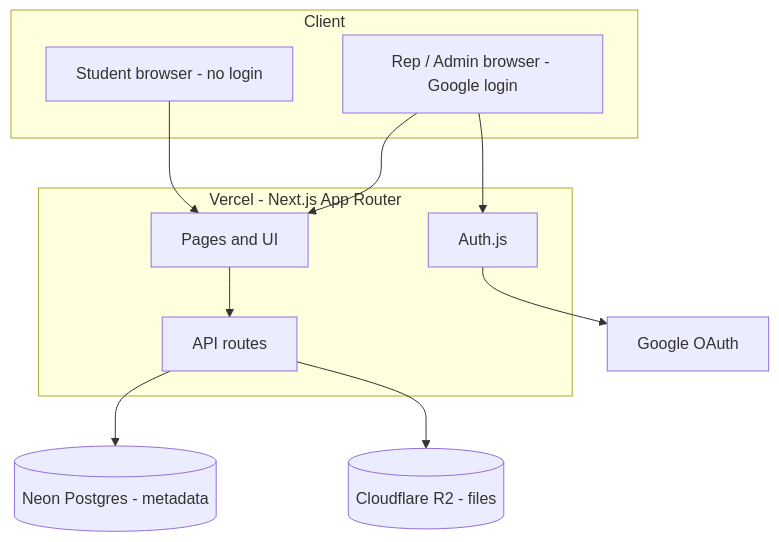
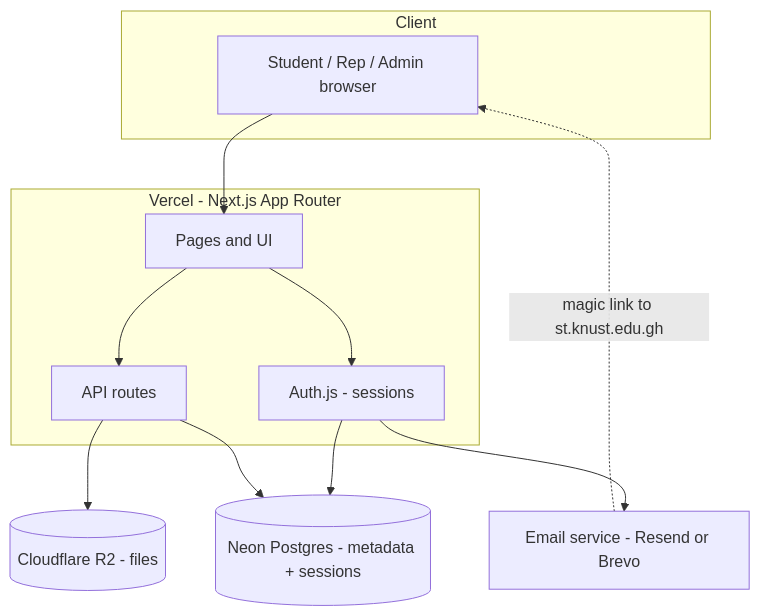
The fifth of 7 diagrams in CS-Resource-Hub-Design.md (Memuna1Lukman/CS-project), drawn with Mermaid before and after one commit. The commit also changed other lines of this file, not shown here.

````diff
--- a/CS-Resource-Hub-Design.md
+++ b/CS-Resource-Hub-Design.md
@@ -155,23 +197,23 @@
 ```mermaid
 flowchart TD
     subgraph Client
-      Student["Student browser - no login"]
-      Rep["Rep / Admin browser - Google login"]
+      User["Student / Rep / Admin browser"]
     end
     subgraph Vercel["Vercel - Next.js App Router"]
       UI[Pages and UI]
       API[API routes]
-      Authjs[Auth.js]
+      Authjs[Auth.js - sessions]
     end
-    Neon[("Neon Postgres - metadata")]
+    Neon[("Neon Postgres - metadata + sessions")]
     R2[("Cloudflare R2 - files")]
-    Google["Google OAuth"]
+    Mail["Email service - Resend or Brevo"]
 
-    Student --> UI
-    Rep --> UI
+    User --> UI
     UI --> API
-    Rep --> Authjs
-    Authjs --> Google
+    UI --> Authjs
+    Authjs --> Mail
+    Mail -. "magic link to st.knust.edu.gh" .-> User
+    Authjs --> Neon
     API --> Neon
     API --> R2
 ```
````
